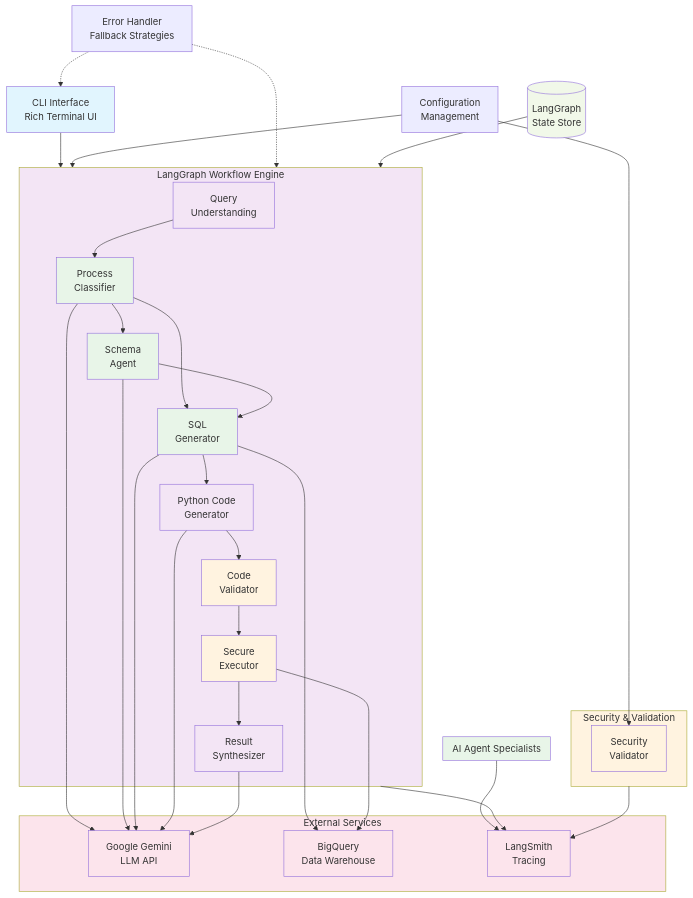
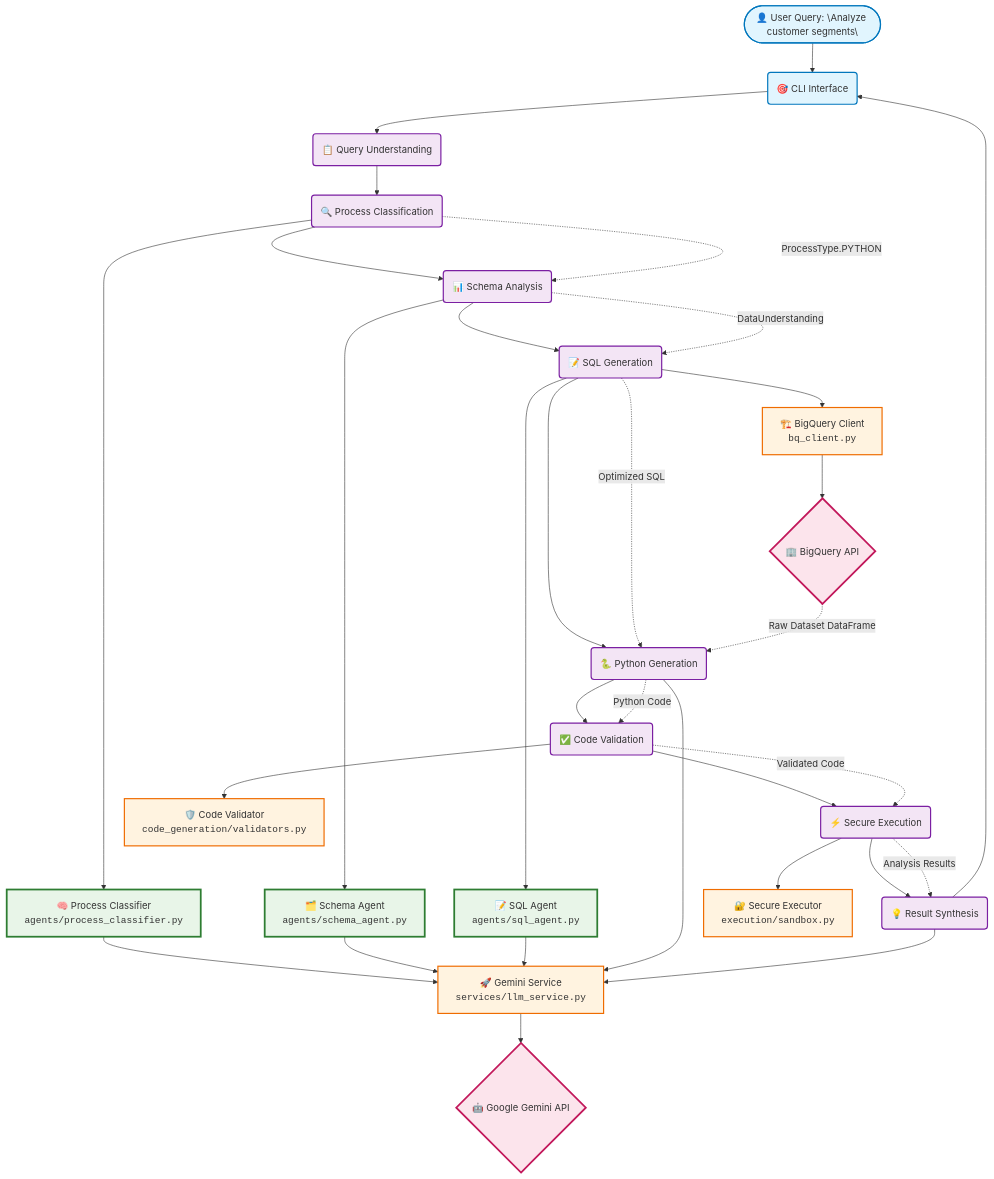
The first of 2 diagrams in ARCHITECTURE.md (JulianLopezB/langgraph-ecommerce-analyst), drawn with Mermaid before and after one commit. The commit also changed other lines of this file, not shown here.

Commit message:
Enhance architecture documentation

````diff
--- a/ARCHITECTURE.md
+++ b/ARCHITECTURE.md
@@ -9,78 +10,58 @@
 ```mermaid
-graph TB
-    %% User Interface Layer
-    CLI[CLI Interface<br/>Rich Terminal UI] --> WF[LangGraph Workflow Engine]
+flowchart TD
+    %% User Input
+    USER(["👤 User Query: \"Analyze customer segments\""]) --> CLI
     
-    %% Configuration and Management
-    CFG[Configuration<br/>Management] --> WF
-    CFG --> SEC[Security<br/>Validator]
+    %% Core Workflow (Circles)
+    CLI(🎯 CLI Interface) --> WF_START(📋 Query Understanding)
+    WF_START --> WF_CLASSIFY(🔍 Process Classification)
+    WF_CLASSIFY --> WF_SCHEMA(📊 Schema Analysis)  
+    WF_SCHEMA --> WF_SQL(📝 SQL Generation)
+    WF_SQL --> WF_PYTHON(🐍 Python Generation)
+    WF_PYTHON --> WF_VALIDATE(✅ Code Validation)
+    WF_VALIDATE --> WF_EXECUTE(⚡ Secure Execution)
+    WF_EXECUTE --> WF_SYNTHESIZE(💡 Result Synthesis)
+    WF_SYNTHESIZE --> CLI
     
-    %% LangGraph Workflow Engine
-    subgraph WF [LangGraph Workflow Engine]
-        QU[Query<br/>Understanding] --> PC[Process<br/>Classifier]
-        PC --> SA[Schema<br/>Agent]
-        PC --> SG[SQL<br/>Generator]
-        SA --> SG
-        SG --> CG[Python Code<br/>Generator]
-        CG --> CV[Code<br/>Validator]
-        CV --> EX[Secure<br/>Executor]
-        EX --> SY[Result<br/>Synthesizer]
-    end
+    %% AI Agents (Squares)
+    WF_CLASSIFY --> PC["🧠 Process Classifier<br/><code>agents/process_classifier.py</code>"]
+    WF_SCHEMA --> SA["🗂️ Schema Agent<br/><code>agents/schema_agent.py</code>"]
+    WF_SQL --> SQL_AGENT["📝 SQL Agent<br/><code>agents/sql_agent.py</code>"]
     
-    %% AI Agents Layer
-    subgraph AGENTS [AI Agent Specialists]
-        PC
-        SA
-        SG
-    end
+    %% Services (Rectangles)
+    PC --> LLM[🚀 Gemini Service<br/><code>services/llm_service.py</code>]
+    SA --> LLM
+    SQL_AGENT --> LLM
+    WF_PYTHON --> LLM
+    WF_SYNTHESIZE --> LLM
     
-    %% Security Layer
-    subgraph SECURITY [Security & Validation]
-        SEC
-        CV
-        EX
-    end
+    WF_VALIDATE --> VAL[🛡️ Code Validator<br/><code>code_generation/validators.py</code>]
+    WF_EXECUTE --> EXECUTOR[🔐 Secure Executor<br/><code>execution/sandbox.py</code>]
     
-    %% External Services
-    subgraph EXT [External Services]
-        GEMINI[Google Gemini<br/>LLM API]
-        BQ[BigQuery<br/>Data Warehouse]
-        LS[LangSmith<br/>Tracing]
-    end
+    %% External APIs (Diamonds)  
+    LLM --> GEMINI{🤖 Google Gemini API}
+    WF_SQL --> BQ_CLIENT[🏗️ BigQuery Client<br/><code>bq_client.py</code>]
+    BQ_CLIENT --> BIGQUERY{🏢 BigQuery API}
     
-    %% Data Flow Connections
-    PC --> GEMINI
-    SA --> GEMINI
-    SG --> GEMINI
-    CG --> GEMINI
-    SY --> GEMINI
+    %% Data Annotations
+    WF_CLASSIFY -.->|ProcessType.PYTHON| WF_SCHEMA
+    WF_SCHEMA -.->|DataUnderstanding| WF_SQL
+    WF_SQL -.->|Optimized SQL| WF_PYTHON
+    WF_PYTHON -.->|Python Code| WF_VALIDATE
+    WF_VALIDATE -.->|Validated Code| WF_EXECUTE
+    WF_EXECUTE -.->|Analysis Results| WF_SYNTHESIZE
+    BIGQUERY -.->|Raw Dataset DataFrame| WF_PYTHON
     
-    SG --> BQ
-    EX --> BQ
+    %% Styling with different shapes
+    classDef workflow fill:#f3e5f5,stroke:#7b1fa2,stroke-width:2px
+    classDef agent fill:#e8f5e8,stroke:#2e7d32,stroke-width:3px
+    classDef service fill:#fff3e0,stroke:#ef6c00,stroke-width:2px
+    classDef external fill:#fce4ec,stroke:#c2185b,stroke-width:3px
+    classDef user fill:#e1f5fe,stroke:#0277bd,stroke-width:2px
     
-    WF --> LS
-    AGENTS --> LS
-    SECURITY --> LS
-    
-    %% Error Handling
-    EH[Error Handler<br/>Fallback Strategies] -.-> WF
-    EH -.-> CLI
-    
-    %% State Management
-    STATE[(LangGraph<br/>State Store)] --> WF
-    
-    %% Styling
-    classDef interface fill:#e1f5fe
-    classDef workflow fill:#f3e5f5
-    classDef agents fill:#e8f5e8
-    classDef security fill:#fff3e0
-    classDef external fill:#fce4ec
-    classDef storage fill:#f1f8e9
-    
-    class CLI interface
-    class WF,QU,CG,SY workflow
-    class AGENTS,PC,SA,SG agents
-    class SECURITY,SEC,CV,EX security
-    class EXT,GEMINI,BQ,LS external
-    class STATE storage
+    class USER,CLI user
+    class WF_START,WF_CLASSIFY,WF_SCHEMA,WF_SQL,WF_PYTHON,WF_VALIDATE,WF_EXECUTE,WF_SYNTHESIZE workflow
+    class PC,SA,SQL_AGENT agent
+    class LLM,VAL,EXECUTOR,BQ_CLIENT service
+    class GEMINI,BIGQUERY external
 ```
````
